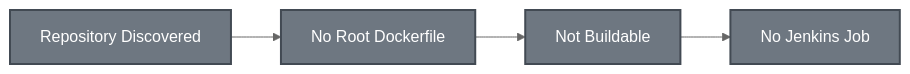
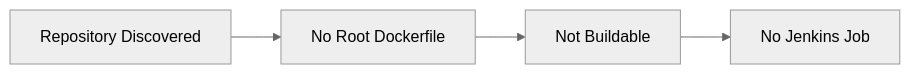
The seventh of 10 diagrams in docs/architecture.md (meghanareddy08/Txstate-DevOps-Assignment), drawn with Mermaid (neutral theme) before and after one commit. The commit also changed other lines of this file, not shown here.

First line of the commit message:
Enhance architecture documentation with execution model

````diff
--- a/docs/architecture.md
+++ b/docs/architecture.md
@@ -197,9 +298,6 @@
 ```mermaid
 flowchart LR
     A[Repository Discovered] --> B[No Root Dockerfile]
     B --> C[Not Buildable]
     C --> D[No Jenkins Job]
-
-    classDef filtered fill:#6e7781,color:#ffffff,stroke:#424a53,stroke-width:2px;
-    class A,B,C,D filtered;
 ```
````
